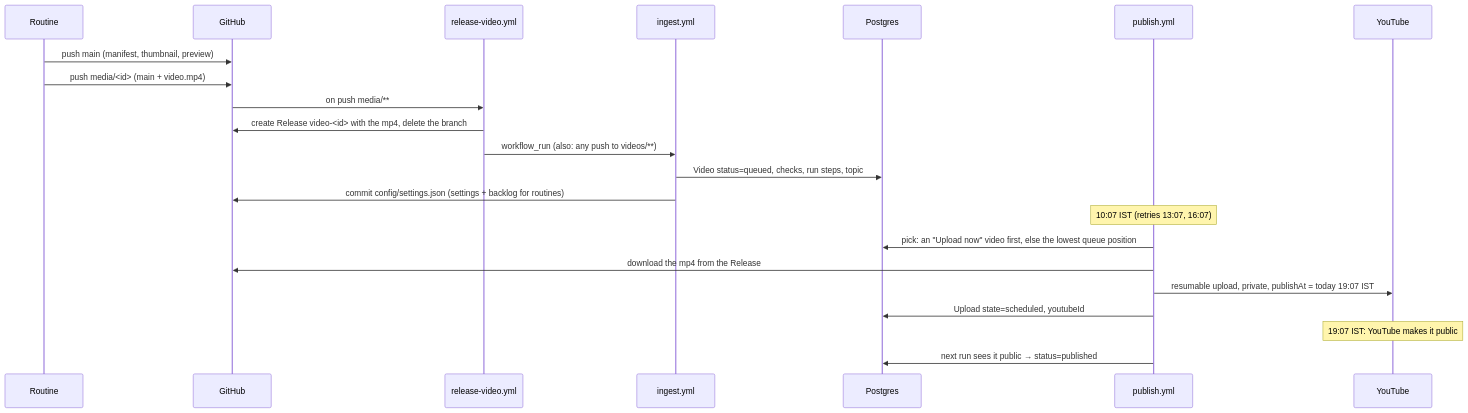
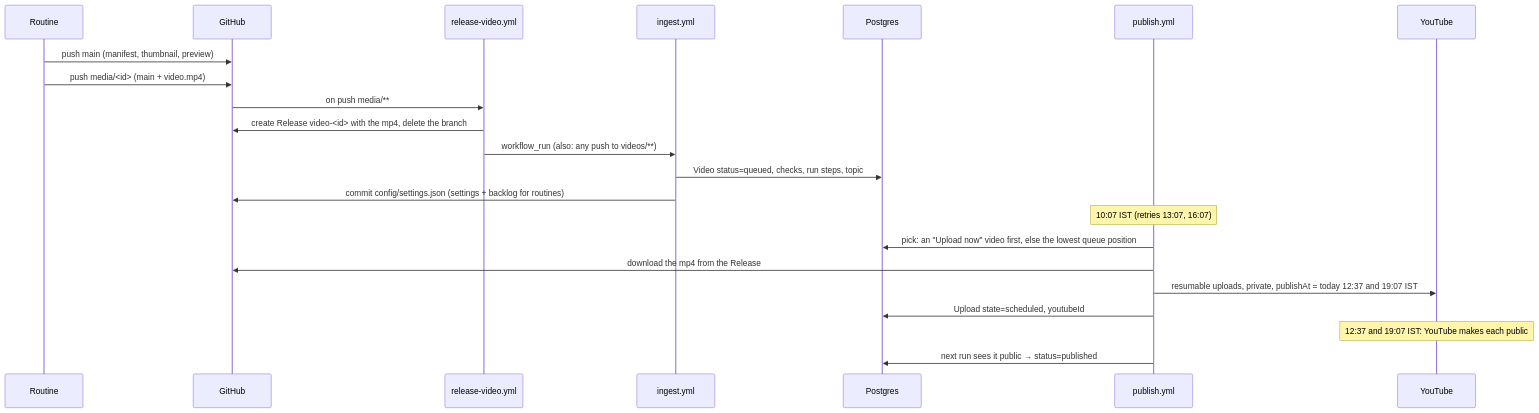
Before and after one commit to n2chawra/finance-shorts-bot: the diagram in docs/guide/06-publishing-and-youtube.md, drawn with Mermaid. The commit also changed other lines of this file and 23 other files, not shown here.

First line of the commit message:
Two uploads a day (12:37 and 19:07 IST) and one routine run for all three videos

````diff
--- a/docs/guide/06-publishing-and-youtube.md
+++ b/docs/guide/06-publishing-and-youtube.md
@@ -8,24 +8,24 @@
 ```mermaid
 sequenceDiagram
     participant R as Routine
     participant G as GitHub
     participant RV as release-video.yml
     participant I as ingest.yml
     participant DB as Postgres
     participant P as publish.yml
     participant Y as YouTube
     R->>G: push main (manifest, thumbnail, preview)
     R->>G: push media/<id> (main + video.mp4)
     G->>RV: on push media/**
     RV->>G: create Release video-<id> with the mp4, delete the branch
     RV->>I: workflow_run (also: any push to videos/**)
     I->>DB: Video status=queued, checks, run steps, topic
     I->>G: commit config/settings.json (settings + backlog for routines)
     Note over P: 10:07 IST (retries 13:07, 16:07)
     P->>DB: pick: an "Upload now" video first, else the lowest queue position
     P->>G: download the mp4 from the Release
-    P->>Y: resumable upload, private, publishAt = today 19:07 IST
+    P->>Y: resumable uploads, private, publishAt = today 12:37 and 19:07 IST
     P->>DB: Upload state=scheduled, youtubeId
-    Note over Y: 19:07 IST: YouTube makes it public
+    Note over Y: 12:37 and 19:07 IST: YouTube makes each public
     P->>DB: next run sees it public → status=published
 ```
````
